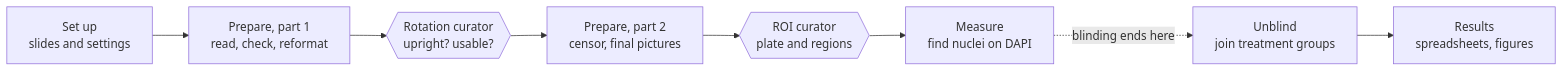
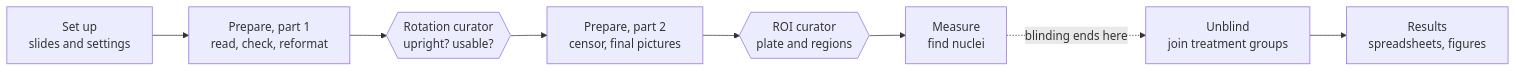
One commit to mbel-tech/the-great-IHC-leap-forward changed the diagram in docs/user-guide.md. Above: the diagram before and after it, drawn with Mermaid. The commit also changed other lines of this file, not shown here.

````diff
--- a/docs/user-guide.md
+++ b/docs/user-guide.md
@@ -40,10 +40,10 @@
 ```mermaid
 flowchart LR
     A[Set up<br/>slides and settings] --> B[Prepare, part 1<br/>read, check, reformat]
     B --> C{{Rotation curator<br/>upright? usable?}}
     C --> D[Prepare, part 2<br/>censor, final pictures]
     D --> E{{ROI curator<br/>plate and regions}}
-    E --> F[Measure<br/>find nuclei on DAPI]
+    E --> F[Measure<br/>find nuclei]
     F -. blinding ends here .-> G[Unblind<br/>join treatment groups]
     G --> H[Results<br/>spreadsheets, figures]
 ```
````
